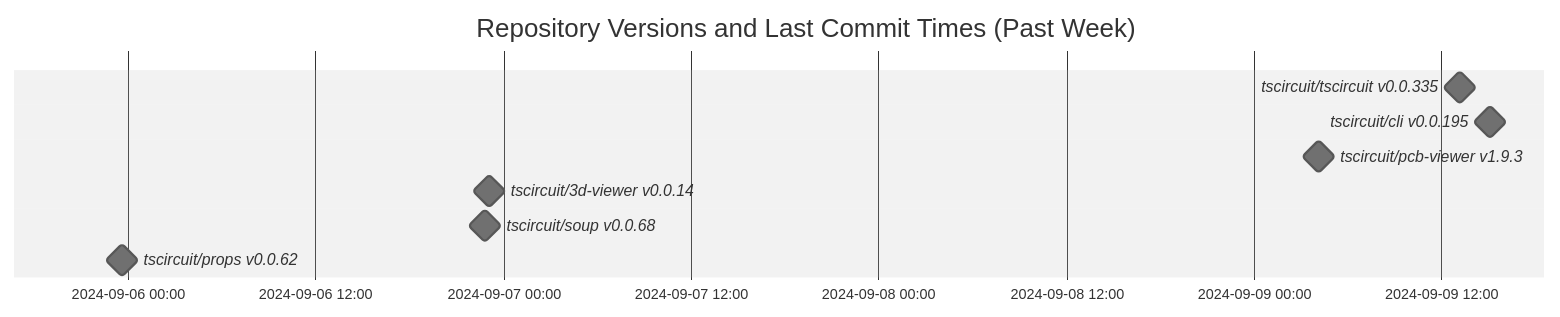
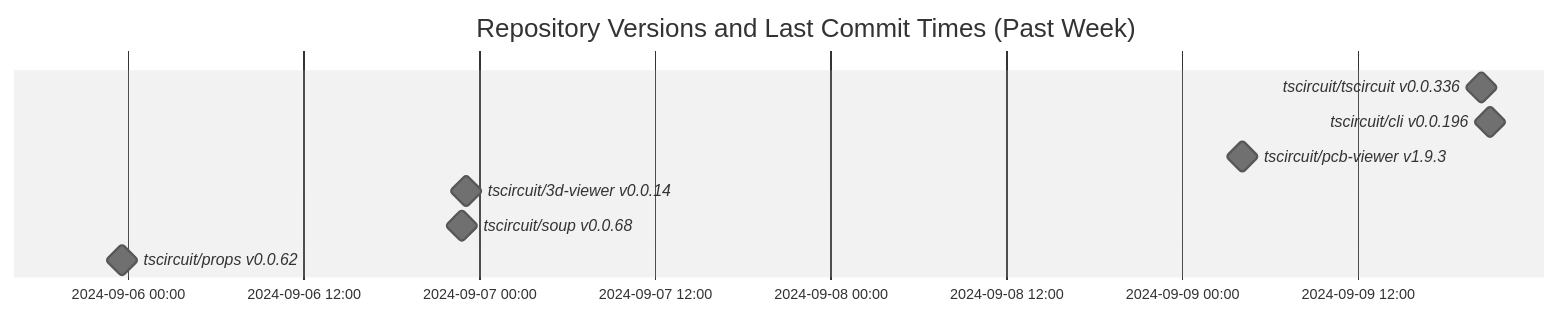
The diagram in README.md (tscircuit/version-tracker), drawn with Mermaid (neutral theme) before and after one commit.

Commit message:
Update chart

````diff
--- a/README.md
+++ b/README.md
@@ -1,13 +1,13 @@
 ```mermaid
 gantt
   dateFormat  YYYY-MM-DD HH:mm:ss
   title Repository Versions and Last Commit Times (Past Week)
   axisFormat %Y-%m-%d %H:%M
 
-  tscircuit/tscircuit v0.0.335 : milestone, 2024-09-09 13:12:11, 1s
-  tscircuit/cli v0.0.195 : milestone, 2024-09-09 15:06:03, 1s
+  tscircuit/tscircuit v0.0.336 : milestone, 2024-09-09 20:24:26, 1s
+  tscircuit/cli v0.0.196 : milestone, 2024-09-09 21:01:44, 1s
   tscircuit/pcb-viewer v1.9.3 : milestone, 2024-09-09 04:08:34, 1s
   tscircuit/3d-viewer v0.0.14 : milestone, 2024-09-06 23:07:26, 1s
   tscircuit/soup v0.0.68 : milestone, 2024-09-06 22:51:33, 1s
   tscircuit/props v0.0.62 : milestone, 2024-09-05 23:38:33, 1s
 ```
````
